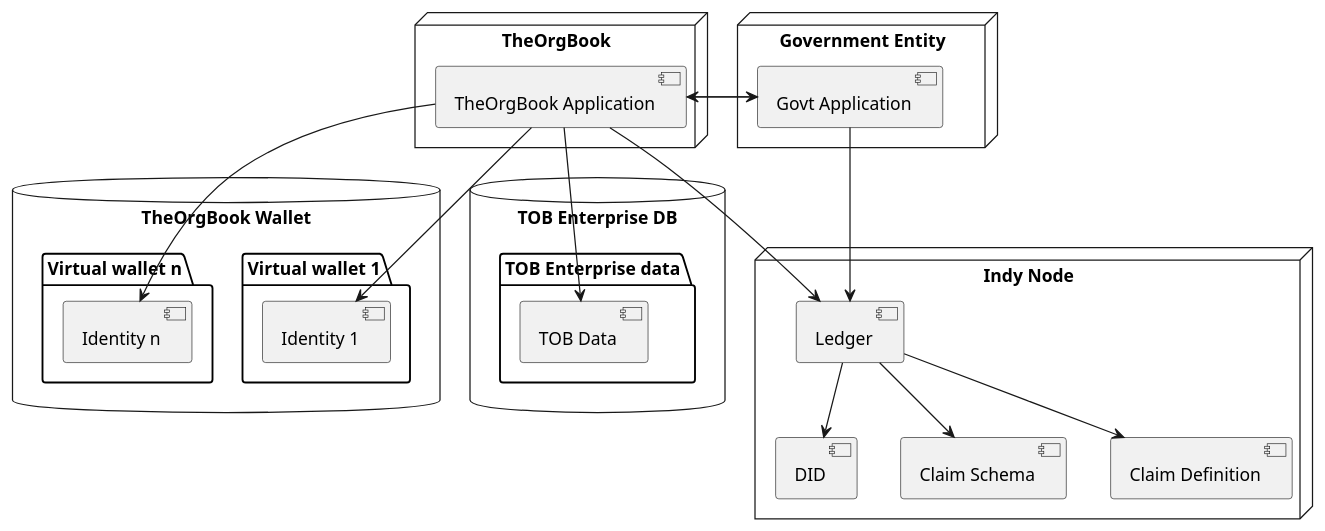
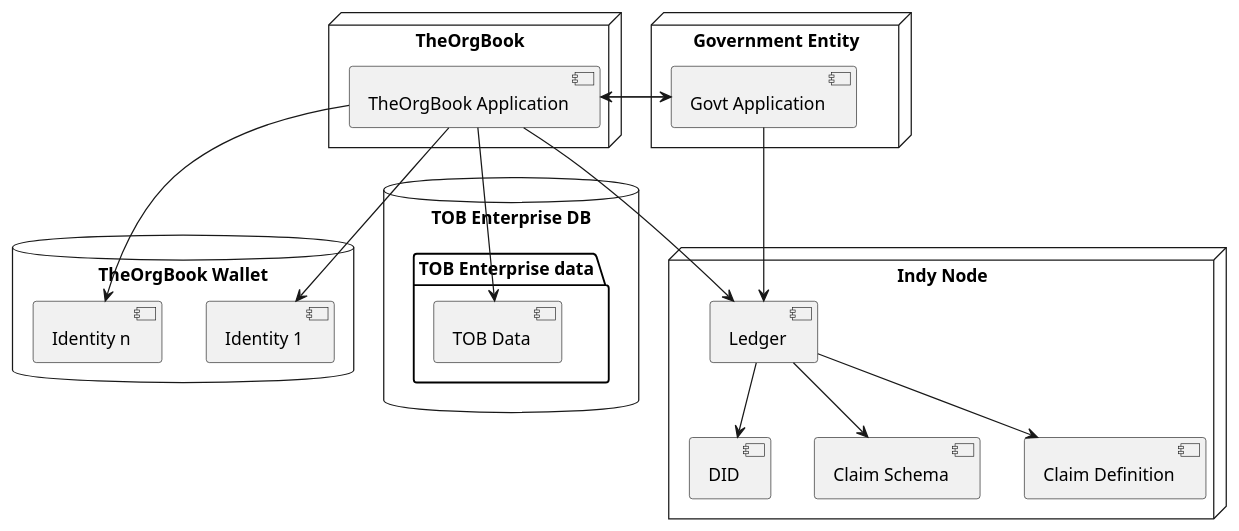
Before and after one commit to bcgov/indy-sdk: the diagram in doc/ew-scenario2-TheOrgBook.puml, drawn with PlantUML. The commit also changed 2 other files, not shown here.

```diff
--- a/doc/ew-scenario2-TheOrgBook.puml
+++ b/doc/ew-scenario2-TheOrgBook.puml
@@ -1,37 +1,33 @@
 @startuml
 node "TheOrgBook" {
 [TheOrgBook Application]
 }
 database "TheOrgBook Wallet" {
-folder "Virtual wallet 1" {
 [Identity 1]
-}
-folder "Virtual wallet n" {
 [Identity n]
-}
 }
 database "TOB Enterprise DB" {
 folder "TOB Enterprise data" {
 [TOB Data]
 }
 }
 node "Government Entity" {
 [Govt Application]
 }
 node "Indy Node" {
 [Ledger]
 [DID]
 [Claim Schema]
 [Claim Definition]
 }
 [TheOrgBook Application] --> [Govt Application]
 [Govt Application] --> [TheOrgBook Application]
 [TheOrgBook Application] --> [Identity 1]
 [TheOrgBook Application] --> [Identity n]
 [TheOrgBook Application] --> [TOB Data]
 [TheOrgBook Application] --> [Ledger]
 [Govt Application] --> [Ledger]
 [Ledger] --> [DID]
 [Ledger] --> [Claim Schema]
 [Ledger] --> [Claim Definition]
 @enduml
```
